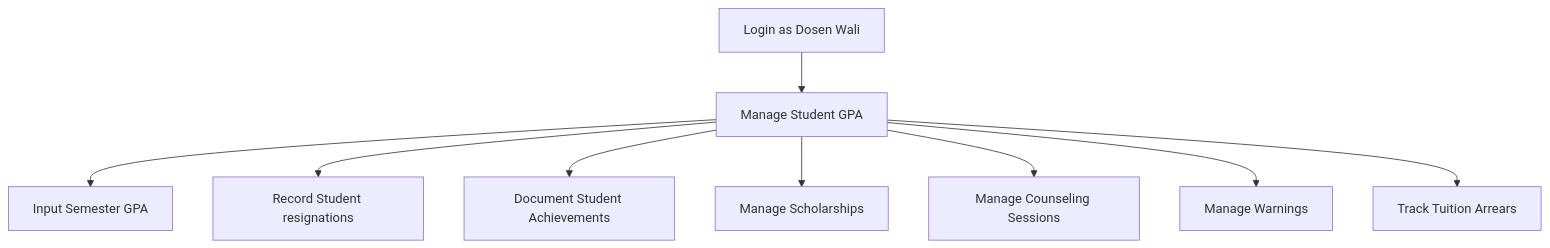
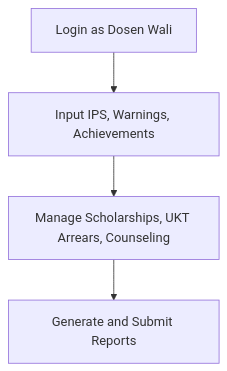
One commit to Protic-PNC/jkb-sistem-dosen-wali changed the second of 5 diagrams in README.md. Above: the diagram before and after it, drawn with Mermaid. The commit also changed other lines of this file, not shown here.

````diff
--- a/README.md
+++ b/README.md
@@ -162,12 +93,6 @@
 ```mermaid
 graph TD;
-    %% Dosen Wali (Academic Advisor) Flowchart
-    L[Login as Dosen Wali] --> M[Manage Student GPA]
-    M --> N[Input Semester GPA]
-    M --> O[Record Student resignations]
-    M --> P[Document Student Achievements]
-    M --> Q[Manage Scholarships]
-    M --> R[Manage Counseling Sessions]
-    M --> S[Manage Warnings]
-    M --> T[Track Tuition Arrears]
+    L[Login as Dosen Wali] --> M[Input IPS, Warnings, Achievements]
+    M --> N[Manage Scholarships, UKT Arrears, Counseling]
+    N --> O[Generate and Submit Reports]
 ```
````
